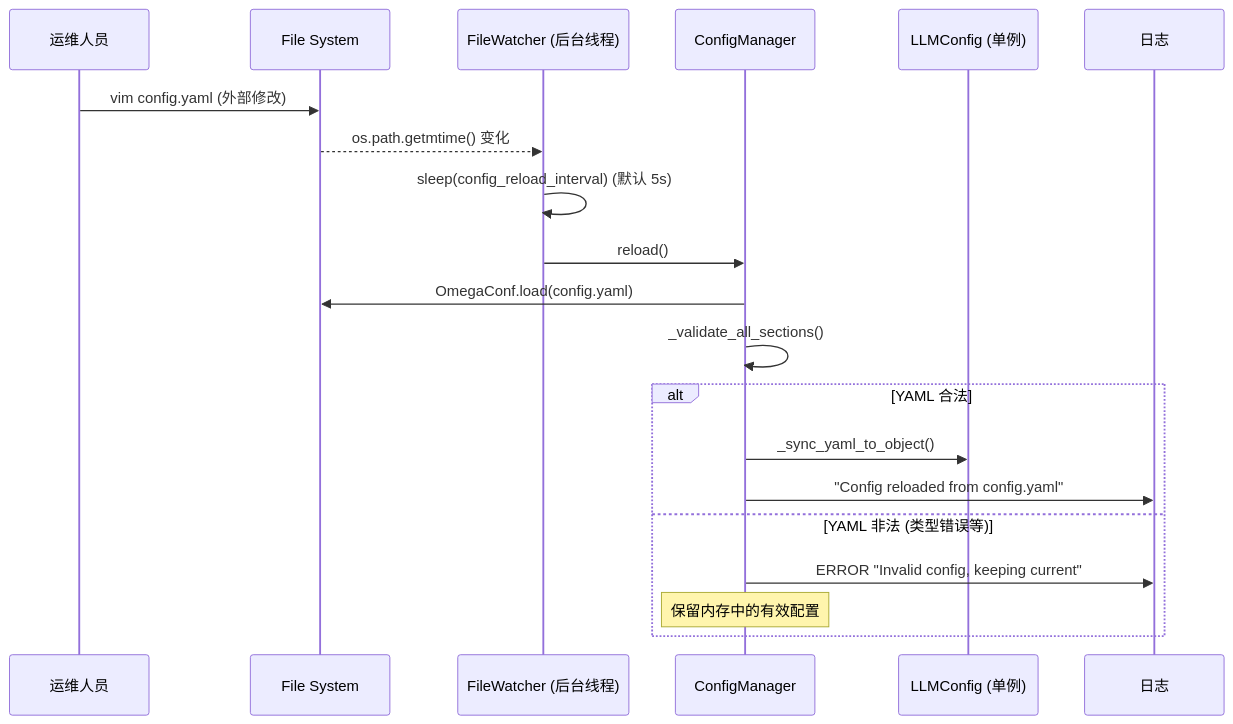
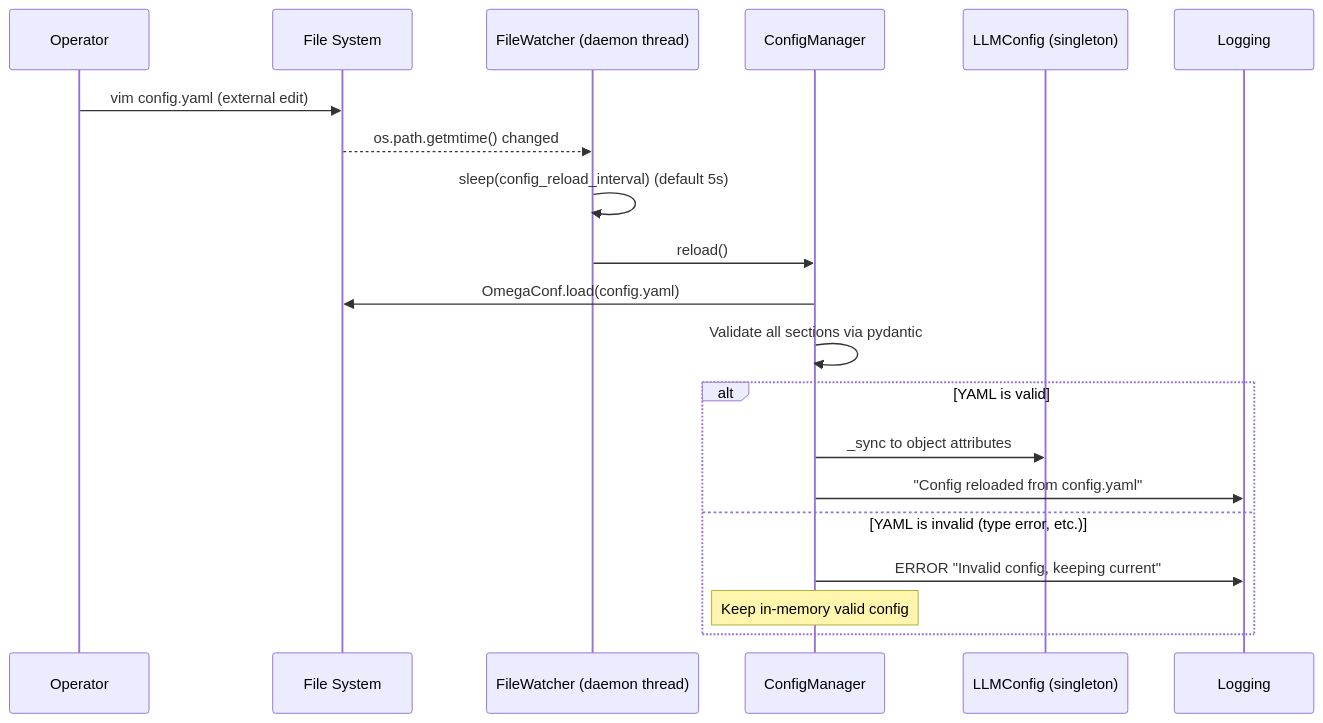
One commit to apache/hugegraph-ai changed the third of 4 diagrams in .workflow/yaml-config-migration/design.md. Above: the diagram before and after it, drawn with Mermaid. The commit also changed other lines of this file and 2 other files, not shown here.

````diff
--- a/.workflow/yaml-config-migration/design.md
+++ b/.workflow/yaml-config-migration/design.md
@@ -94,23 +95,23 @@
 ```mermaid
 sequenceDiagram
-    participant User as 运维人员
+    participant User as Operator
     participant FS as File System
-    participant Watcher as FileWatcher (后台线程)
+    participant Watcher as FileWatcher (daemon thread)
     participant CM as ConfigManager
-    participant BC as LLMConfig (单例)
-    participant Log as 日志
+    participant BC as LLMConfig (singleton)
+    participant Log as Logging
 
-    User->>FS: vim config.yaml (外部修改)
-    FS-->>Watcher: os.path.getmtime() 变化
-    Watcher->>Watcher: sleep(config_reload_interval) (默认 5s)
+    User->>FS: vim config.yaml (external edit)
+    FS-->>Watcher: os.path.getmtime() changed
+    Watcher->>Watcher: sleep(config_reload_interval) (default 5s)
     Watcher->>CM: reload()
     CM->>FS: OmegaConf.load(config.yaml)
-    CM->>CM: _validate_all_sections()
-    alt YAML 合法
-        CM->>BC: _sync_yaml_to_object()
+    CM->>CM: Validate all sections via pydantic
+    alt YAML is valid
+        CM->>BC: _sync to object attributes
         CM->>Log: "Config reloaded from config.yaml"
-    else YAML 非法 (类型错误等)
+    else YAML is invalid (type error, etc.)
         CM->>Log: ERROR "Invalid config, keeping current"
-        Note over CM: 保留内存中的有效配置
+        Note over CM: Keep in-memory valid config
     end
 ```
````
